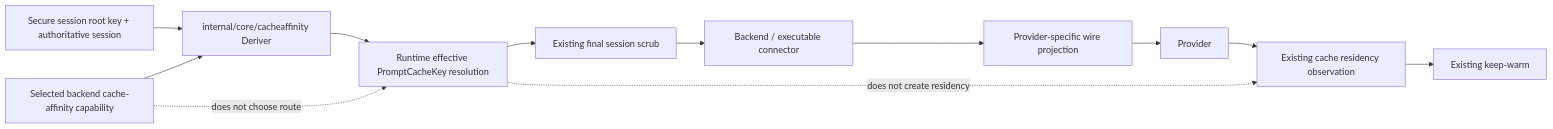
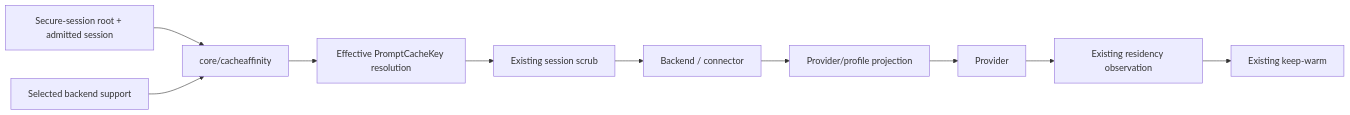
The diagram in .kiro/specs/downstream-cache-affinity-hinting/design.md (matdev83/go-llm-interactive-proxy), drawn with Mermaid before and after one commit. The commit also changed other lines of this file, not shown here.

Commit message:
spec(cache-affinity): freeze profile runtime binding architecture

````diff
--- a/.kiro/specs/downstream-cache-affinity-hinting/design.md
+++ b/.kiro/specs/downstream-cache-affinity-hinting/design.md
@@ -43,24 +42,18 @@
 ```mermaid
 flowchart LR
-    SS[Secure session root key + authoritative session]
-    CAP[Selected backend cache-affinity capability]
-    DER[internal/core/cacheaffinity Deriver]
-    RES[Runtime effective PromptCacheKey resolution]
-    SCRUB[Existing final session scrub]
-    BE[Backend / executable connector]
-    WIRE[Provider-specific wire projection]
+    SS[Secure-session root + admitted session]
+    CAP[Selected backend support]
+    DER[core/cacheaffinity]
+    RES[Effective PromptCacheKey resolution]
+    SCRUB[Existing session scrub]
+    BE[Backend / connector]
+    WIRE[Provider/profile projection]
     P[Provider]
-    OBS[Existing cache residency observation]
+    OBS[Existing residency observation]
     KW[Existing keep-warm]
 
     SS --> DER
     CAP --> DER
-    DER --> RES
-    RES --> SCRUB
-    SCRUB --> BE
-    BE --> WIRE --> P
+    DER --> RES --> SCRUB --> BE --> WIRE --> P
     P --> OBS --> KW
-
-    CAP -. does not choose route .-> RES
-    RES -. does not create residency .-> OBS
 ```
````
